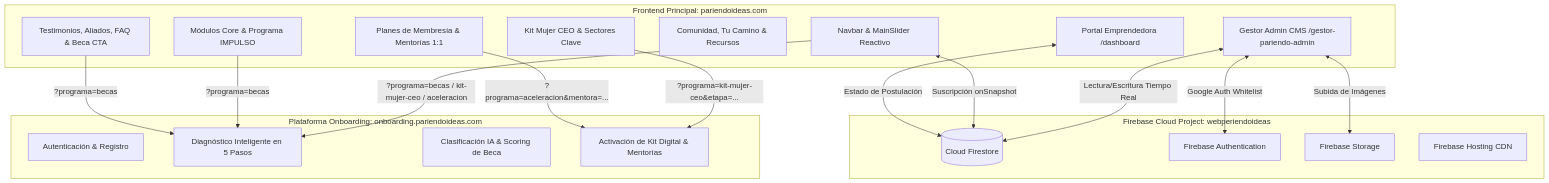
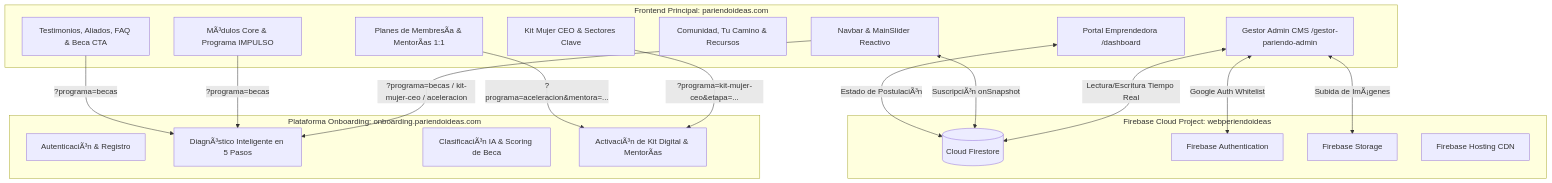
One commit to gointeraction/PaginaPariendoideasNew changed the diagram in README.md. Above: the diagram before and after it, drawn with Mermaid. The commit also changed other lines of this file and 69 other files, not shown here.

Commit message:
feat: auditoria UX 2026-11-24 — titulos #8E2936, navbar solida, un solo flujo de pasos, Impulso unificado, CTAs 'Solicitar Beca'/'Quiero ser parte', logos en cajas uniformes, beca sin duplicados, convocatoria 2026

````diff
--- a/README.md
+++ b/README.md
@@ -54,39 +54,39 @@
 ```mermaid
 graph TD
     subgraph Landing_PariendoIdeas [Frontend Principal: pariendoideas.com]
         LP1[Navbar & MainSlider Reactivo]
-        LP2[Módulos Core & Programa IMPULSO]
+        LP2[MÃ³dulos Core & Programa IMPULSO]
         LP3[Kit Mujer CEO & Sectores Clave]
-        LP4[Planes de Membresía & Mentorías 1:1]
+        LP4[Planes de MembresÃ­a & MentorÃ­as 1:1]
         LP5[Comunidad, Tu Camino & Recursos]
         LP6[Testimonios, Aliados, FAQ & Beca CTA]
         DASH[Portal Emprendedora /dashboard]
         CMS[Gestor Admin CMS /gestor-pariendo-admin]
     end
 
     subgraph Subapp_Onboarding [Plataforma Onboarding: onboarding.pariendoideas.com]
-        ON1[Autenticación & Registro]
-        ON2[Diagnóstico Inteligente en 5 Pasos]
-        ON3[Clasificación IA & Scoring de Beca]
-        ON4[Activación de Kit Digital & Mentorías]
+        ON1[AutenticaciÃ³n & Registro]
+        ON2[DiagnÃ³stico Inteligente en 5 Pasos]
+        ON3[ClasificaciÃ³n IA & Scoring de Beca]
+        ON4[ActivaciÃ³n de Kit Digital & MentorÃ­as]
     end
 
     subgraph Backend_Firebase [Firebase Cloud Project: webperiendoideas]
         FB1[(Cloud Firestore)]
         FB2[Firebase Authentication]
         FB3[Firebase Storage]
         FB4[Firebase Hosting CDN]
     end
 
     LP1 -->|?programa=becas / kit-mujer-ceo / aceleracion| ON2
     LP2 -->|?programa=becas| ON2
     LP3 -->|?programa=kit-mujer-ceo&etapa=...| ON4
     LP4 -->|?programa=aceleracion&mentora=...| ON4
     LP6 -->|?programa=becas| ON2
 
     CMS <-->|Lectura/Escritura Tiempo Real| FB1
-    CMS <-->|Subida de Imágenes| FB3
+    CMS <-->|Subida de ImÃ¡genes| FB3
     CMS <-->|Google Auth Whitelist| FB2
-    LP1 <-->|Suscripción onSnapshot| FB1
-    DASH <-->|Estado de Postulación| FB1
+    LP1 <-->|SuscripciÃ³n onSnapshot| FB1
+    DASH <-->|Estado de PostulaciÃ³n| FB1
 ```
````
